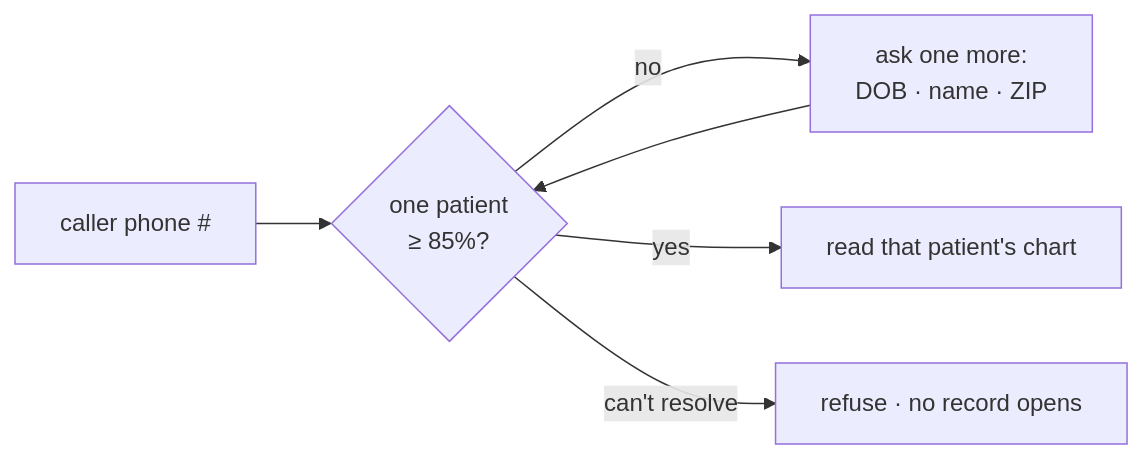
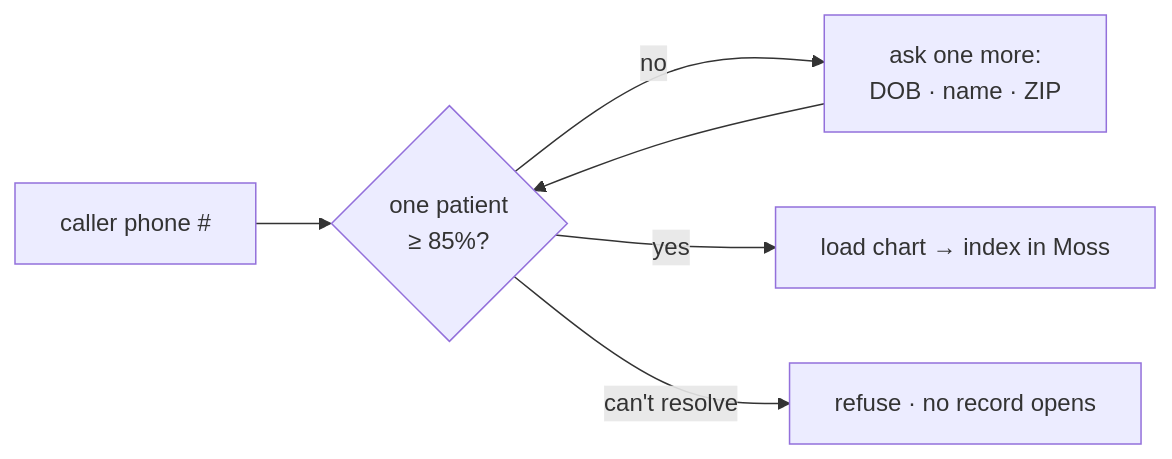
The fifth of 5 diagrams in examples/careops-agent/README.md (alvera-ai/atomic-healthcare), drawn with Mermaid before and after one commit. The commit also changed other lines of this file and 2 other files, not shown here.

First line of the commit message:
docs: recalibrate architecture to TypeScript in-process wrappers

````diff
--- a/examples/careops-agent/README.md
+++ b/examples/careops-agent/README.md
@@ -114,7 +120,7 @@
 ```mermaid
 flowchart LR
   P["caller phone #"] --> Q{one patient<br/>≥ 85%?}
   Q -- no --> Ask["ask one more:<br/>DOB · name · ZIP"] --> Q
-  Q -- yes --> Open["read that patient's chart"]
+  Q -- yes --> Open["load chart → index in Moss"]
   Q -- "can't resolve" --> Refuse["refuse · no record opens"]
 ```
````
